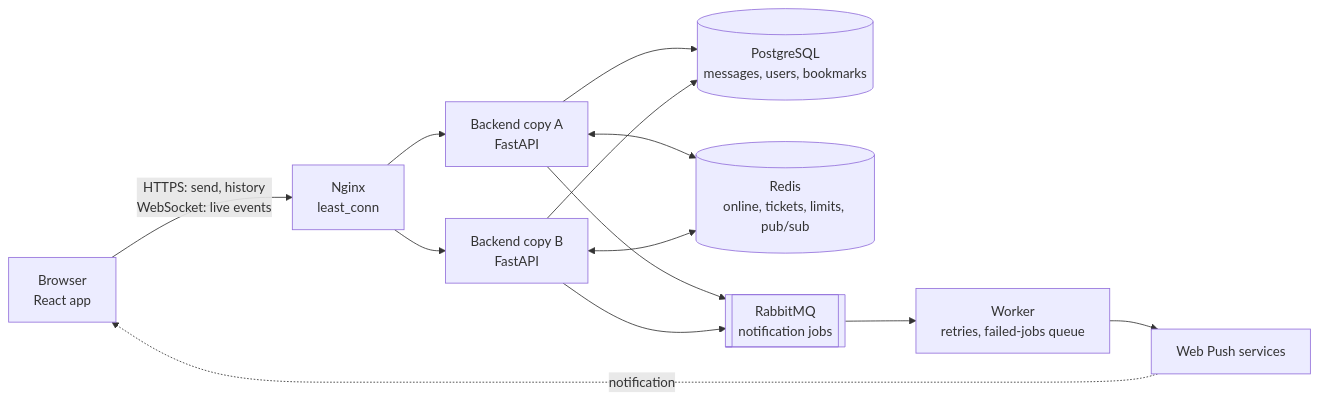
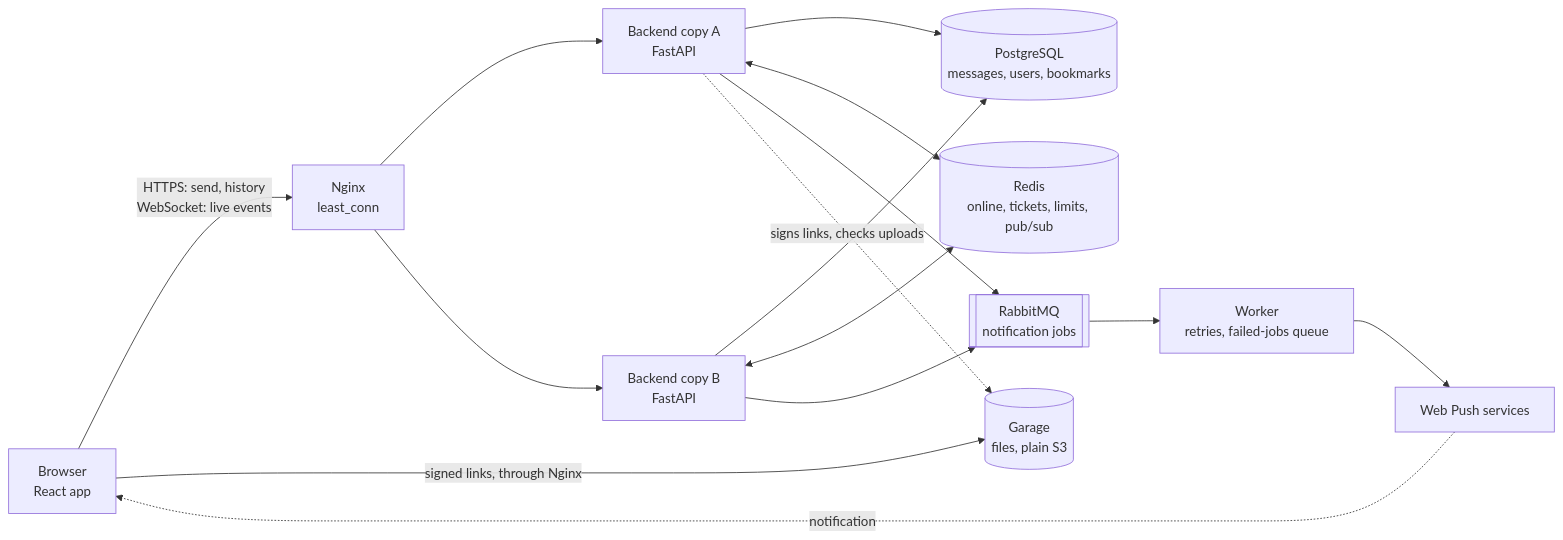
The first of 3 diagrams in README.md (AdithyaChauhan/parley), drawn with Mermaid before and after one commit. The commit also changed other lines of this file and 55 other files, not shown here.

````diff
--- a/README.md
+++ b/README.md
@@ -33,15 +34,17 @@
 ```mermaid
 flowchart LR
     browser["Browser<br/>React app"] -->|"HTTPS: send, history<br/>WebSocket: live events"| nginx["Nginx<br/>least_conn"]
     nginx --> a["Backend copy A<br/>FastAPI"]
     nginx --> b["Backend copy B<br/>FastAPI"]
     a --> pg[("PostgreSQL<br/>messages, users, bookmarks")]
     b --> pg
     a <--> redis[("Redis<br/>online, tickets, limits, pub/sub")]
     b <--> redis
     a --> mq[["RabbitMQ<br/>notification jobs"]]
     b --> mq
     mq --> worker["Worker<br/>retries, failed-jobs queue"]
     worker --> push["Web Push services"]
     push -.->|notification| browser
+    browser -->|"signed links, through Nginx"| store[("Garage<br/>files, plain S3")]
+    a -.->|"signs links, checks uploads"| store
 ```
````
